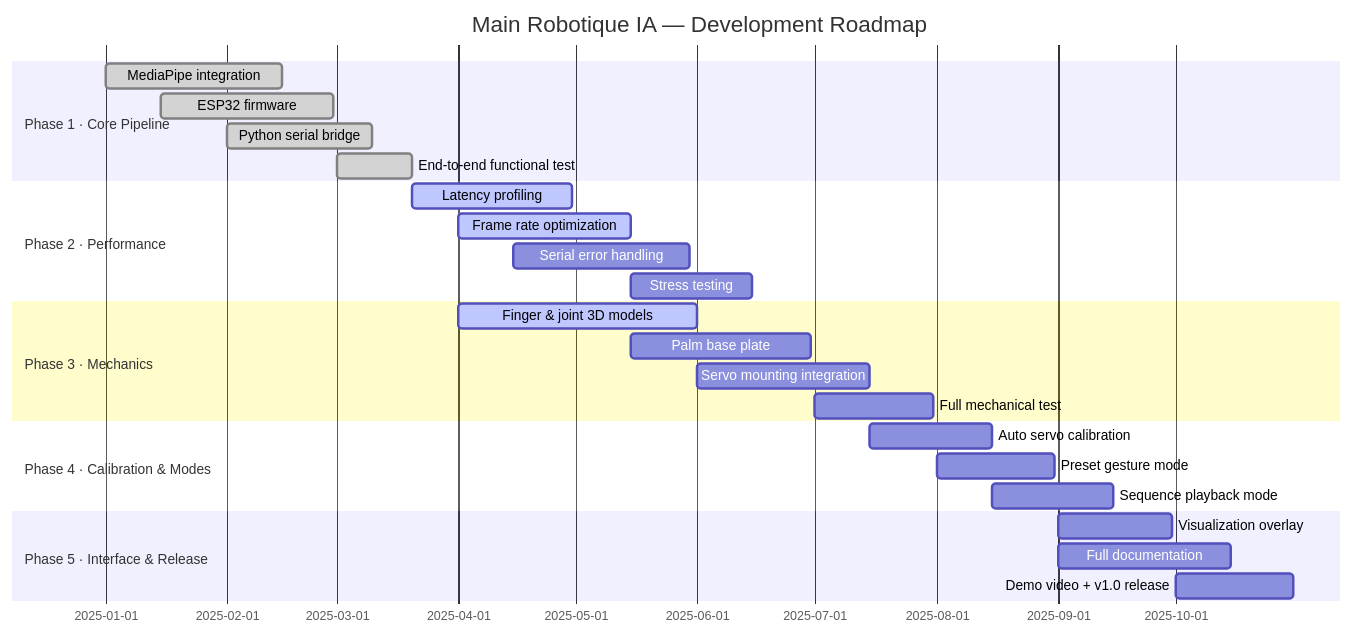
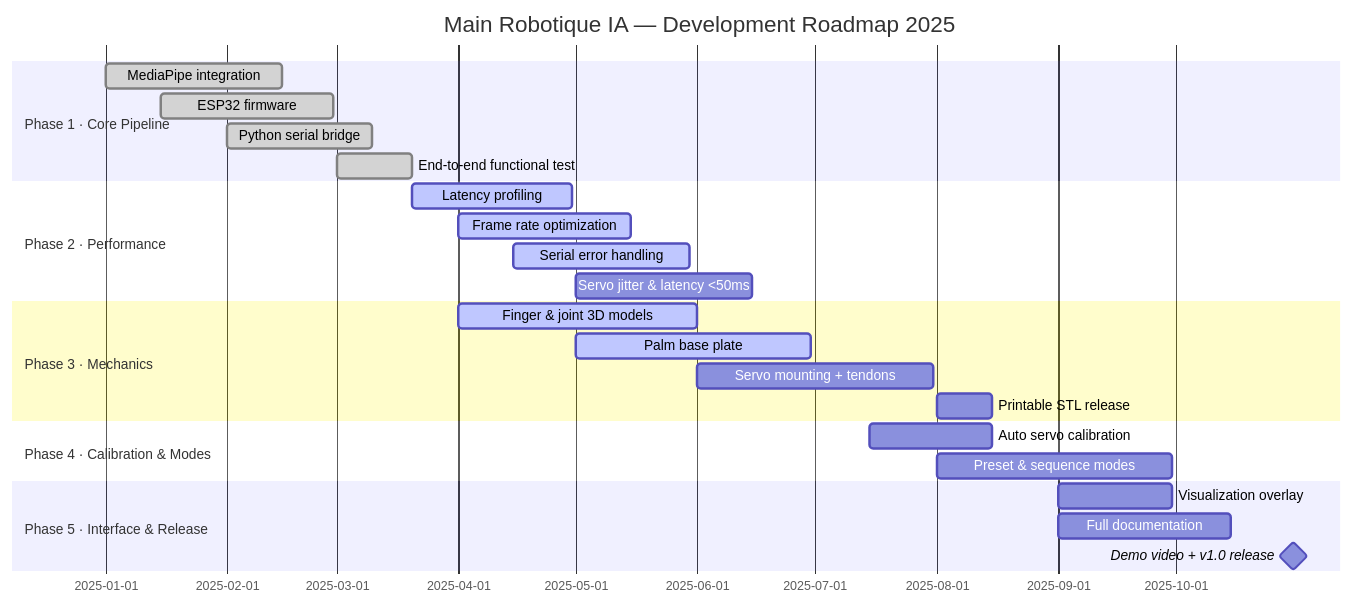
The fourth of 4 diagrams in README.md (erwandavydoff-spec/main-robotique-ia), drawn with Mermaid before and after one commit. The commit also changed other lines of this file, not shown here.

````diff
--- a/README.md
+++ b/README.md
@@ -254,32 +260,27 @@
 ```mermaid
 gantt
-    title Main Robotique IA — Development Roadmap
+    title Main Robotique IA — Development Roadmap 2025
     dateFormat  YYYY-MM-DD
     section Phase 1 · Core Pipeline
-    MediaPipe integration          :done,    p1a, 2025-01-01, 2025-02-15
-    ESP32 firmware                 :done,    p1b, 2025-01-15, 2025-02-28
-    Python serial bridge           :done,    p1c, 2025-02-01, 2025-03-10
-    End-to-end functional test     :done,    p1d, 2025-03-01, 2025-03-20
-
+    MediaPipe integration          :done,    2025-01-01, 2025-02-15
+    ESP32 firmware                 :done,    2025-01-15, 2025-02-28
+    Python serial bridge           :done,    2025-02-01, 2025-03-10
+    End-to-end functional test     :done,    2025-03-01, 2025-03-20
     section Phase 2 · Performance
-    Latency profiling              :active,  p2a, 2025-03-20, 2025-04-30
-    Frame rate optimization        :active,  p2b, 2025-04-01, 2025-05-15
-    Serial error handling          :         p2c, 2025-04-15, 2025-05-30
-    Stress testing                 :         p2d, 2025-05-15, 2025-06-15
-
+    Latency profiling              :active,  2025-03-20, 2025-04-30
+    Frame rate optimization        :active,  2025-04-01, 2025-05-15
+    Serial error handling          :active,  2025-04-15, 2025-05-30
+    Servo jitter & latency <50ms   :         2025-05-01, 2025-06-15
     section Phase 3 · Mechanics
-    Finger & joint 3D models       :active,  p3a, 2025-04-01, 2025-06-01
-    Palm base plate                :         p3b, 2025-05-15, 2025-06-30
-    Servo mounting integration     :         p3c, 2025-06-01, 2025-07-15
-    Full mechanical test           :         p3d, 2025-07-01, 2025-07-31
-
+    Finger & joint 3D models       :active,  2025-04-01, 2025-06-01
+    Palm base plate                :active,  2025-05-01, 2025-06-30
+    Servo mounting + tendons       :         2025-06-01, 2025-07-31
+    Printable STL release          :         2025-08-01, 2025-08-15
     section Phase 4 · Calibration & Modes
-    Auto servo calibration         :         p4a, 2025-07-15, 2025-08-15
-    Preset gesture mode            :         p4b, 2025-08-01, 2025-08-31
-    Sequence playback mode         :         p4c, 2025-08-15, 2025-09-15
-
+    Auto servo calibration         :         2025-07-15, 2025-08-15
+    Preset & sequence modes        :         2025-08-01, 2025-09-30
     section Phase 5 · Interface & Release
-    Visualization overlay          :         p5a, 2025-09-01, 2025-09-30
-    Full documentation             :         p5b, 2025-09-01, 2025-10-15
-    Demo video + v1.0 release      :         p5c, 2025-10-01, 2025-10-31
+    Visualization overlay          :         2025-09-01, 2025-09-30
+    Full documentation             :         2025-09-01, 2025-10-15
+    Demo video + v1.0 release      :milestone, 2025-10-31, 2025-10-31
 ```
````
